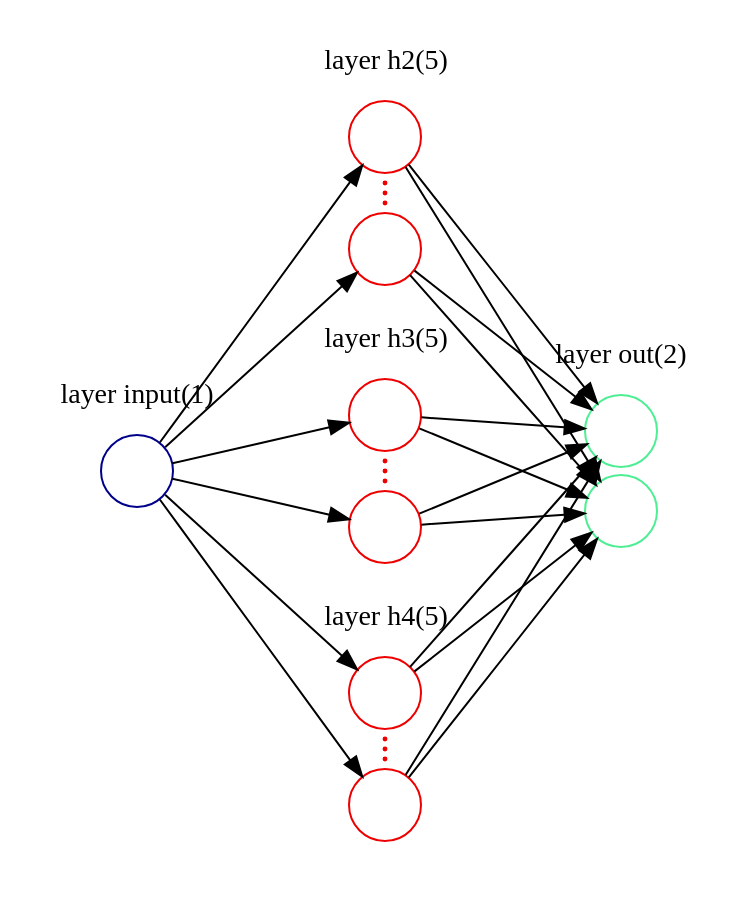
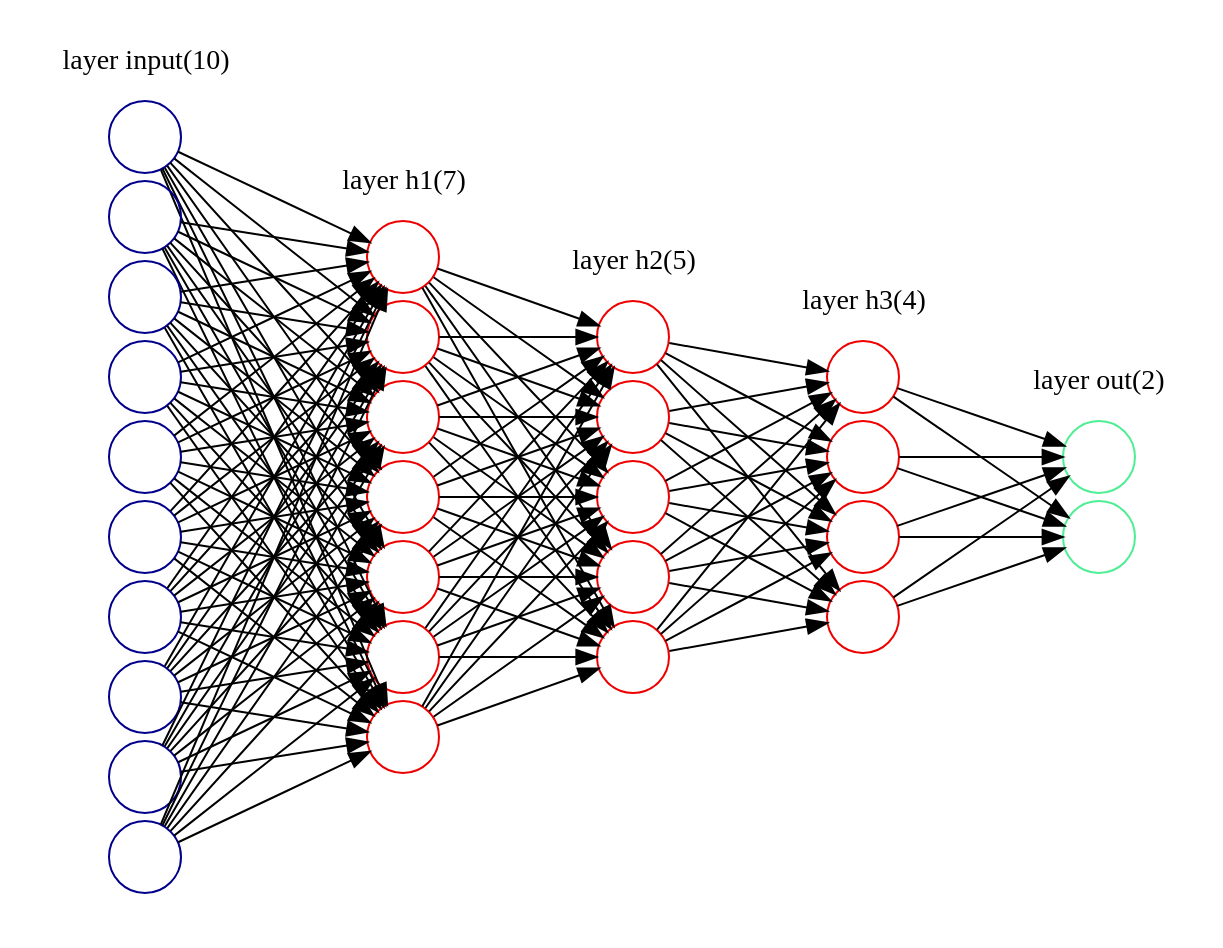
One commit to rtygbwwwerr/MakeNN1 changed the diagram in src/nn.gv. Above: the diagram before and after it, drawn with Graphviz. The commit also changed 1 other file, not shown here.

```diff
--- a/src/nn.gv
+++ b/src/nn.gv
@@ -17,10 +17,10 @@
     
     node [shape=circle,height=.5];
 
-    a00 ;
+    a00 a01 a02 a03 a04 a05 a06 a07 a08 a09 ;
 
     
-    label = "layer input(1)";
+    label = "layer input(10)";
 
     }
 
@@ -33,20 +33,10 @@
     
     node [shape=circle,height=.5];
 
-    a10 ;
+    a10 a11 a12 a13 a14 a15 a16 ;
 
     
-    node [shape=point,height=.02];
-
-    a11 a12 a13 ;
-
-    
-    node [shape=circle,height=.5];
-
-    a14 ;
-
-    
-    label = "layer h2(5)";
+    label = "layer h1(7)";
 
     }
 
@@ -59,20 +49,10 @@
     
     node [shape=circle,height=.5];
 
-    a20 ;
+    a20 a21 a22 a23 a24 ;
 
     
-    node [shape=point,height=.02];
-
-    a21 a22 a23 ;
-
-    
-    node [shape=circle,height=.5];
-
-    a24 ;
-
-    
-    label = "layer h3(5)";
+    label = "layer h2(5)";
 
     }
 
@@ -85,20 +65,10 @@
     
     node [shape=circle,height=.5];
 
-    a30 ;
+    a30 a31 a32 a33 ;
 
     
-    node [shape=point,height=.02];
-
-    a31 a32 a33 ;
-
-    
-    node [shape=circle,height=.5];
-
-    a34 ;
-
-    
-    label = "layer h4(5)";
+    label = "layer h3(4)";
 
     }
 
@@ -121,23 +91,138 @@
     
 
     a00 -> a10
+a00 -> a11
+a00 -> a12
+a00 -> a13
 a00 -> a14
-a00 -> a20
-a00 -> a24
-a00 -> a30
-a00 -> a34
-a10 -> a40
-a10 -> a41
-a14 -> a40
-a14 -> a41
-a20 -> a40
-a20 -> a41
-a24 -> a40
-a24 -> a41
+a00 -> a15
+a00 -> a16
+a01 -> a10
+a01 -> a11
+a01 -> a12
+a01 -> a13
+a01 -> a14
+a01 -> a15
+a01 -> a16
+a02 -> a10
+a02 -> a11
+a02 -> a12
+a02 -> a13
+a02 -> a14
+a02 -> a15
+a02 -> a16
+a03 -> a10
+a03 -> a11
+a03 -> a12
+a03 -> a13
+a03 -> a14
+a03 -> a15
+a03 -> a16
+a04 -> a10
+a04 -> a11
+a04 -> a12
+a04 -> a13
+a04 -> a14
+a04 -> a15
+a04 -> a16
+a05 -> a10
+a05 -> a11
+a05 -> a12
+a05 -> a13
+a05 -> a14
+a05 -> a15
+a05 -> a16
+a06 -> a10
+a06 -> a11
+a06 -> a12
+a06 -> a13
+a06 -> a14
+a06 -> a15
+a06 -> a16
+a07 -> a10
+a07 -> a11
+a07 -> a12
+a07 -> a13
+a07 -> a14
+a07 -> a15
+a07 -> a16
+a08 -> a10
+a08 -> a11
+a08 -> a12
+a08 -> a13
+a08 -> a14
+a08 -> a15
+a08 -> a16
+a09 -> a10
+a09 -> a11
+a09 -> a12
+a09 -> a13
+a09 -> a14
+a09 -> a15
+a09 -> a16
+a10 -> a20
+a10 -> a21
+a10 -> a22
+a10 -> a23
+a10 -> a24
+a11 -> a20
+a11 -> a21
+a11 -> a22
+a11 -> a23
+a11 -> a24
+a12 -> a20
+a12 -> a21
+a12 -> a22
+a12 -> a23
+a12 -> a24
+a13 -> a20
+a13 -> a21
+a13 -> a22
+a13 -> a23
+a13 -> a24
+a14 -> a20
+a14 -> a21
+a14 -> a22
+a14 -> a23
+a14 -> a24
+a15 -> a20
+a15 -> a21
+a15 -> a22
+a15 -> a23
+a15 -> a24
+a16 -> a20
+a16 -> a21
+a16 -> a22
+a16 -> a23
+a16 -> a24
+a20 -> a30
+a20 -> a31
+a20 -> a32
+a20 -> a33
+a21 -> a30
+a21 -> a31
+a21 -> a32
+a21 -> a33
+a22 -> a30
+a22 -> a31
+a22 -> a32
+a22 -> a33
+a23 -> a30
+a23 -> a31
+a23 -> a32
+a23 -> a33
+a24 -> a30
+a24 -> a31
+a24 -> a32
+a24 -> a33
 a30 -> a40
 a30 -> a41
-a34 -> a40
-a34 -> a41
+a31 -> a40
+a31 -> a41
+a32 -> a40
+a32 -> a41
+a33 -> a40
+a33 -> a41
 
 
     } 
```
